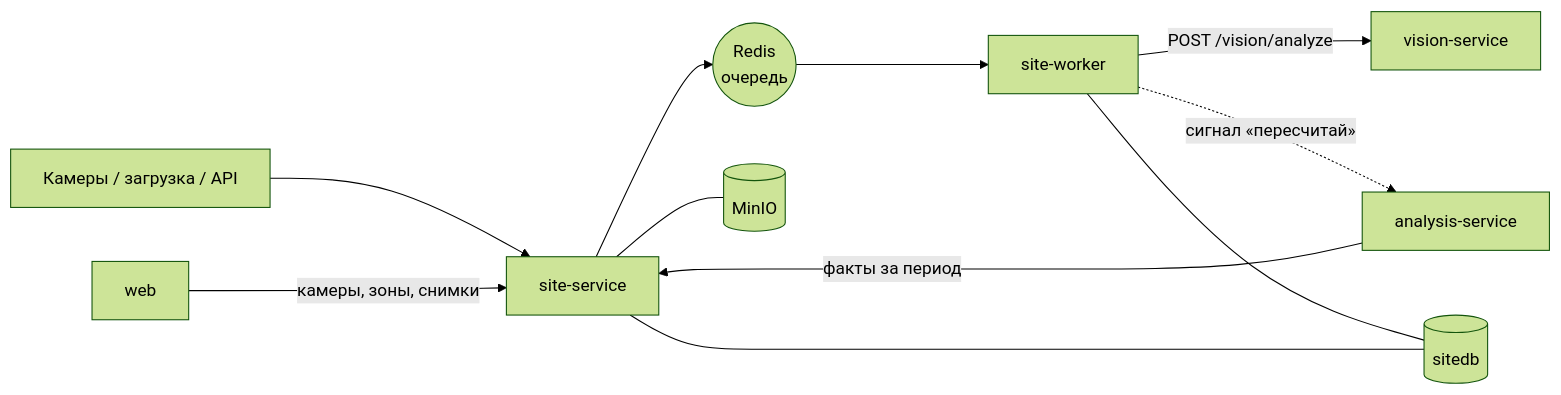
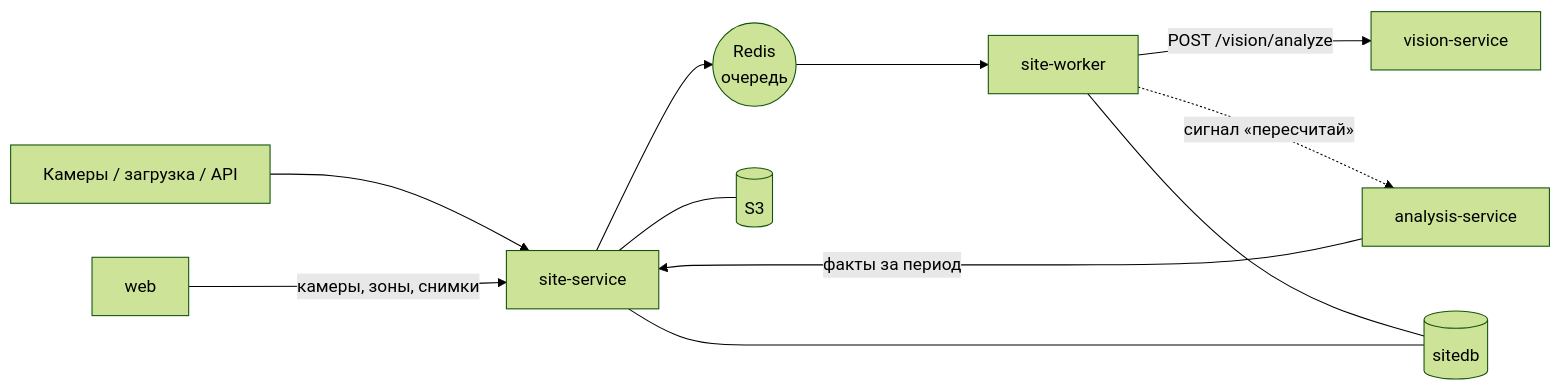
The diagram in services/site-service/README.md (cerXXXX/ConstructionSupervision), drawn with Mermaid (forest theme) before and after one commit. The commit also changed other lines of this file and 38 other files, not shown here.

````diff
--- a/services/site-service/README.md
+++ b/services/site-service/README.md
@@ -16,13 +16,13 @@
 ```mermaid
 flowchart LR
     SRC["Камеры / загрузка / API"] --> SITE
     WEB["web"] -->|"камеры, зоны, снимки"| SITE
     SITE["site-service"] --> Q(("Redis<br/>очередь"))
     Q --> W["site-worker"]
     W -->|"POST /vision/analyze"| VIS["vision-service"]
     W -.->|"сигнал «пересчитай»"| ANL["analysis-service"]
     W --- DB[("sitedb")]
     SITE --- DB
-    SITE --- S3[("MinIO")]
+    SITE --- S3[("S3")]
     ANL -->|"факты за период"| SITE
 ```
````
